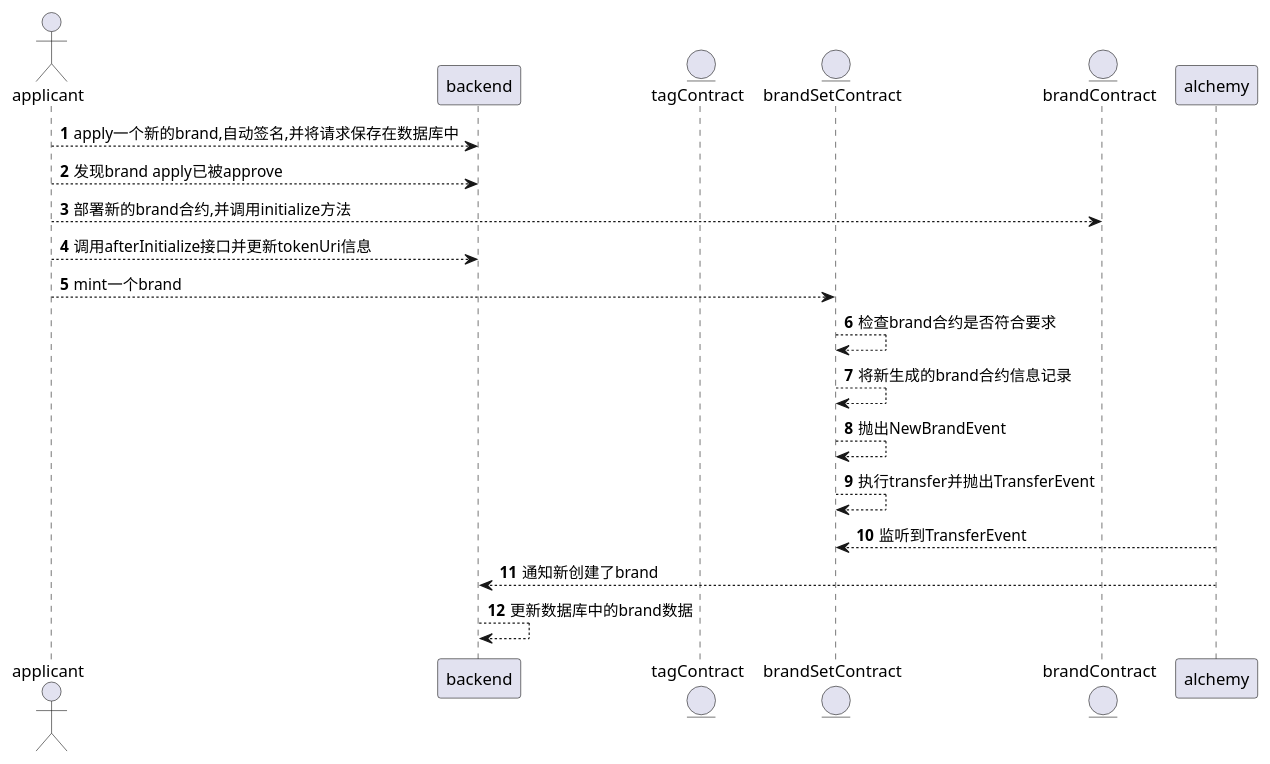
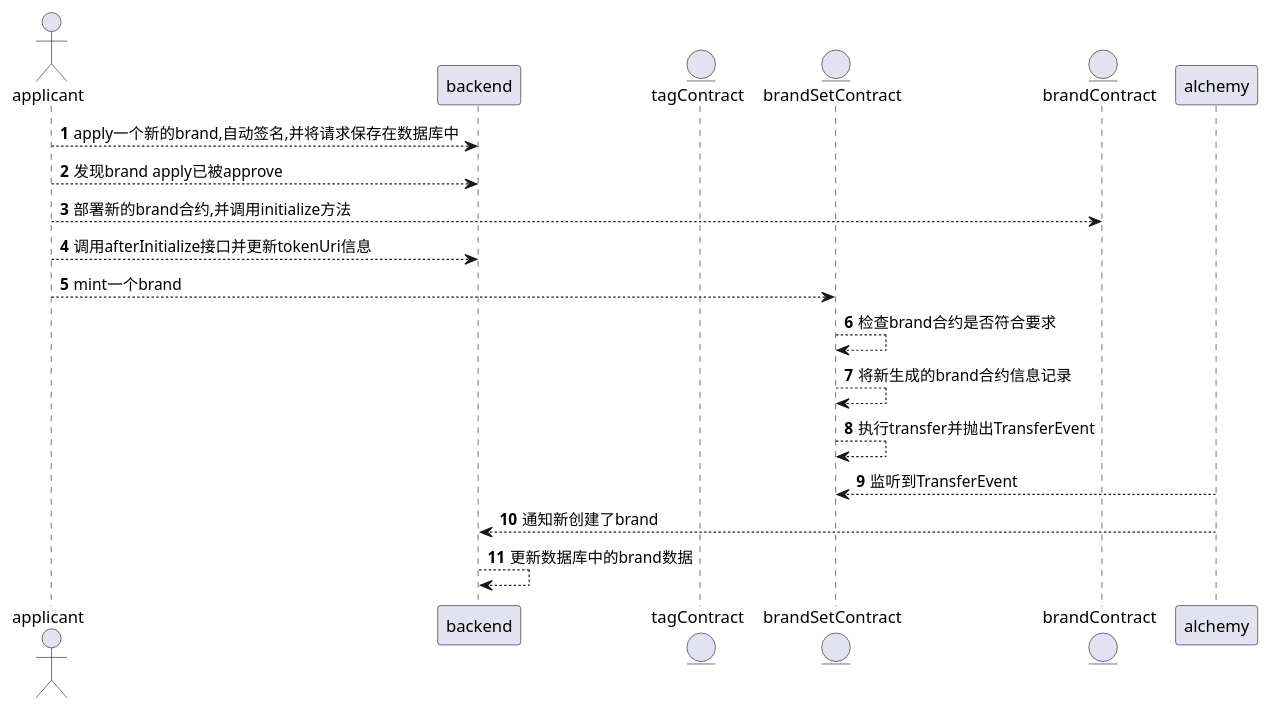
Before and after one commit to Taggie3/contract: the diagram in docs/新增Brand时序图.puml, drawn with PlantUML. The commit also changed 13 other files, not shown here.

```diff
--- a/docs/新增Brand时序图.puml
+++ b/docs/新增Brand时序图.puml
@@ -1,26 +1,26 @@
 @startuml
 'https://plantuml.com/sequence-diagram
 
 autonumber
 
 actor applicant as applicant
 participant backend as backend
 entity tagContract as tagContract
 entity brandSetContract as brandSetContract
 entity brandContract as brandContract
 participant alchemy as alchemy
 
 applicant --> backend: apply一个新的brand,自动签名,并将请求保存在数据库中
 applicant --> backend: 发现brand apply已被approve
 applicant --> brandContract: 部署新的brand合约,并调用initialize方法
 applicant --> backend: 调用afterInitialize接口并更新tokenUri信息
 applicant --> brandSetContract: mint一个brand
 brandSetContract --> brandSetContract: 检查brand合约是否符合要求
 brandSetContract --> brandSetContract: 将新生成的brand合约信息记录
-brandSetContract --> brandSetContract: 抛出NewBrandEvent
+'brandSetContract --> brandSetContract: 抛出NewBrandEvent
 brandSetContract --> brandSetContract: 执行transfer并抛出TransferEvent
 alchemy --> brandSetContract:监听到TransferEvent
 alchemy --> backend: 通知新创建了brand
 backend --> backend: 更新数据库中的brand数据
 
 @enduml
```
